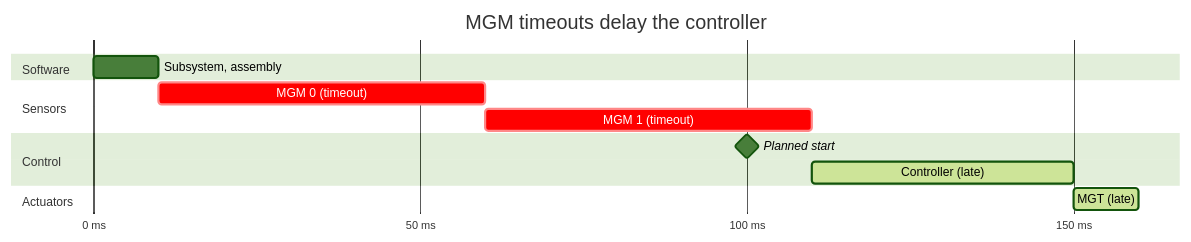
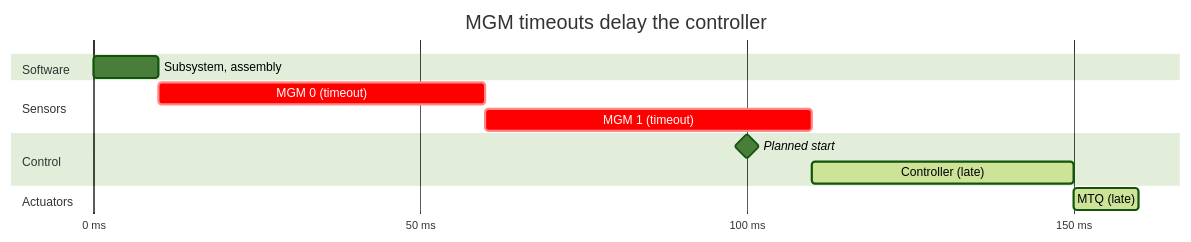
One commit to ustgt-irs/sat-rs changed the third of 3 diagrams in satrs-book/src/aocs-scheduling.md. Above: the diagram before and after it, drawn with Mermaid (forest theme). The commit also changed other lines of this file and 9 other files, not shown here.

````diff
--- a/satrs-book/src/aocs-scheduling.md
+++ b/satrs-book/src/aocs-scheduling.md
@@ -83,22 +85,22 @@
 ```mermaid
 gantt
     title MGM timeouts delay the controller
     dateFormat x
     axisFormat %-L ms
     tickInterval 50millisecond
     todayMarker off
 
     section Software
     Subsystem, assembly : 0, 10
 
     section Sensors
     MGM 0 (timeout)     : crit, 10, 60
     MGM 1 (timeout)     : crit, 60, 110
 
     section Control
     Planned start       : milestone, 100, 100
     Controller (late)   : active, 110, 150
 
     section Actuators
-    MGT (late)          : active, 150, 160
+    MTQ (late)          : active, 150, 160
 ```
````
